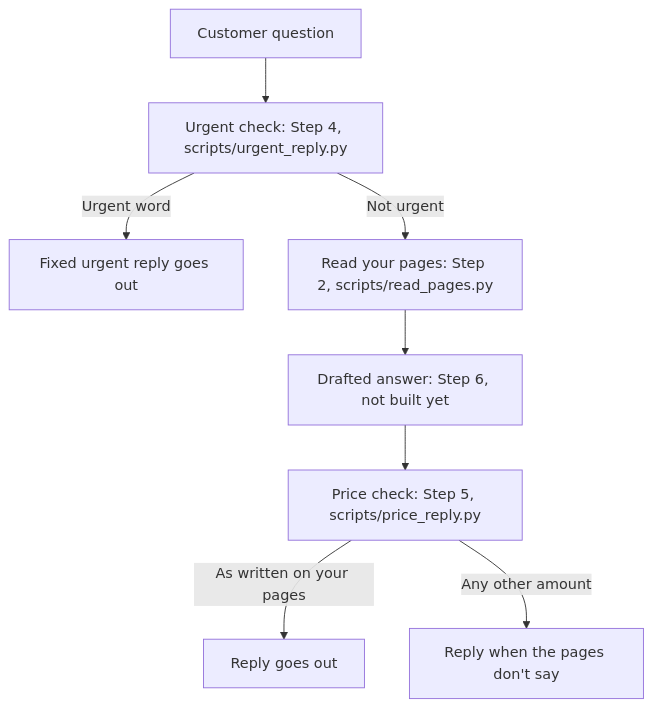
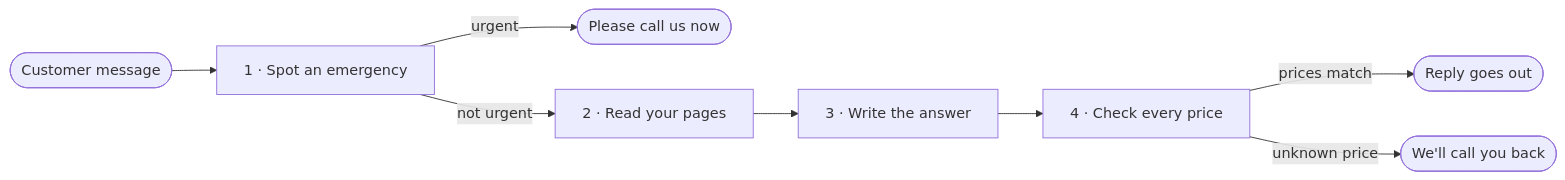
One commit to RoxanaTapia/maple-street-front-desk changed the diagram in docs/how-it-works.md. Above: the diagram before and after it, drawn with Mermaid. The commit also changed other lines of this file and 1 other file, not shown here.

Commit message:
Rewrite the how-it-works page so it follows one message in order.

````diff
--- a/docs/how-it-works.md
+++ b/docs/how-it-works.md
@@ -5,10 +9,10 @@
 ```mermaid
-flowchart TD
-    ask[Customer question] --> urgent["Urgent check: Step 4, scripts/urgent_reply.py"]
-    urgent -->|Urgent word| fixed[Fixed urgent reply goes out]
-    urgent -->|Not urgent| pages["Read your pages: Step 2, scripts/read_pages.py"]
-    pages --> draft["Drafted answer: Step 6, not built yet"]
-    draft --> price["Price check: Step 5, scripts/price_reply.py"]
-    price -->|As written on your pages| out[Reply goes out]
-    price -->|Any other amount| back["Reply when the pages don't say"]
+flowchart LR
+    msg([Customer message]) --> one["1 · Spot an emergency"]
+    one -->|urgent| call([Please call us now])
+    one -->|not urgent| two["2 · Read your pages"]
+    two --> three["3 · Write the answer"]
+    three --> four["4 · Check every price"]
+    four -->|prices match| reply([Reply goes out])
+    four -->|unknown price| back([We'll call you back])
 ```
````
